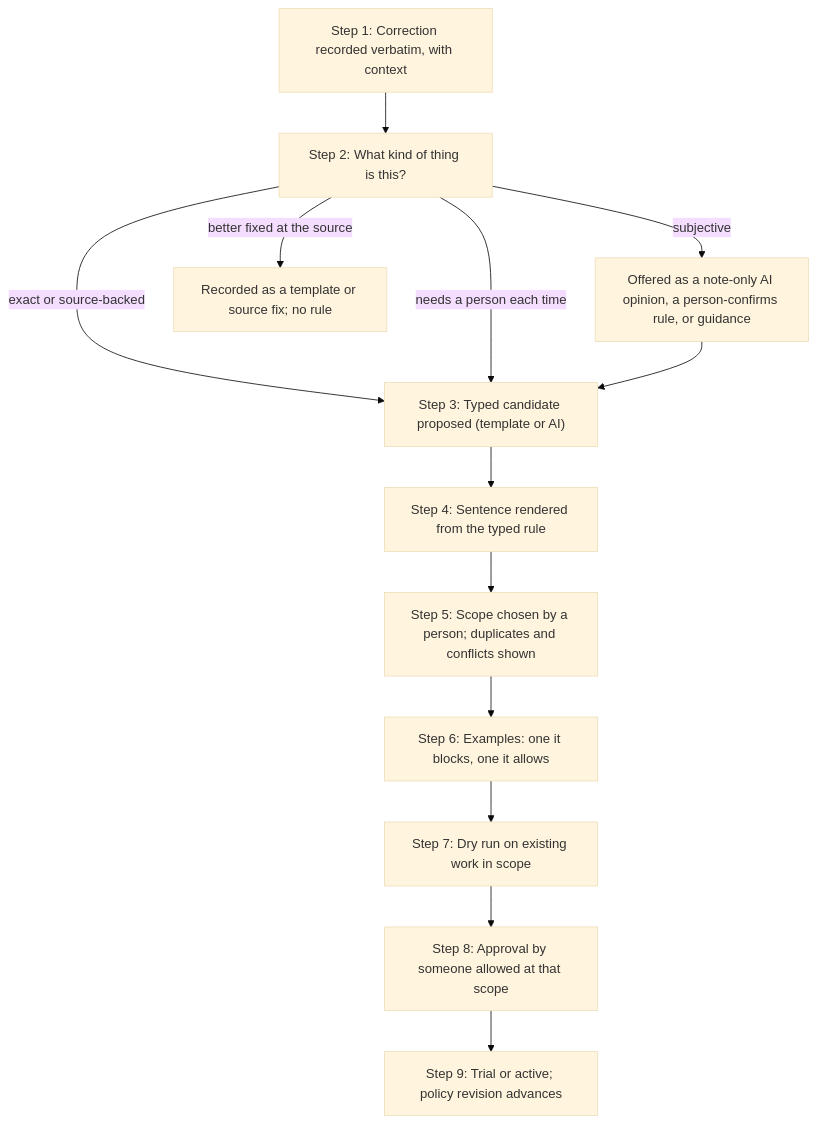
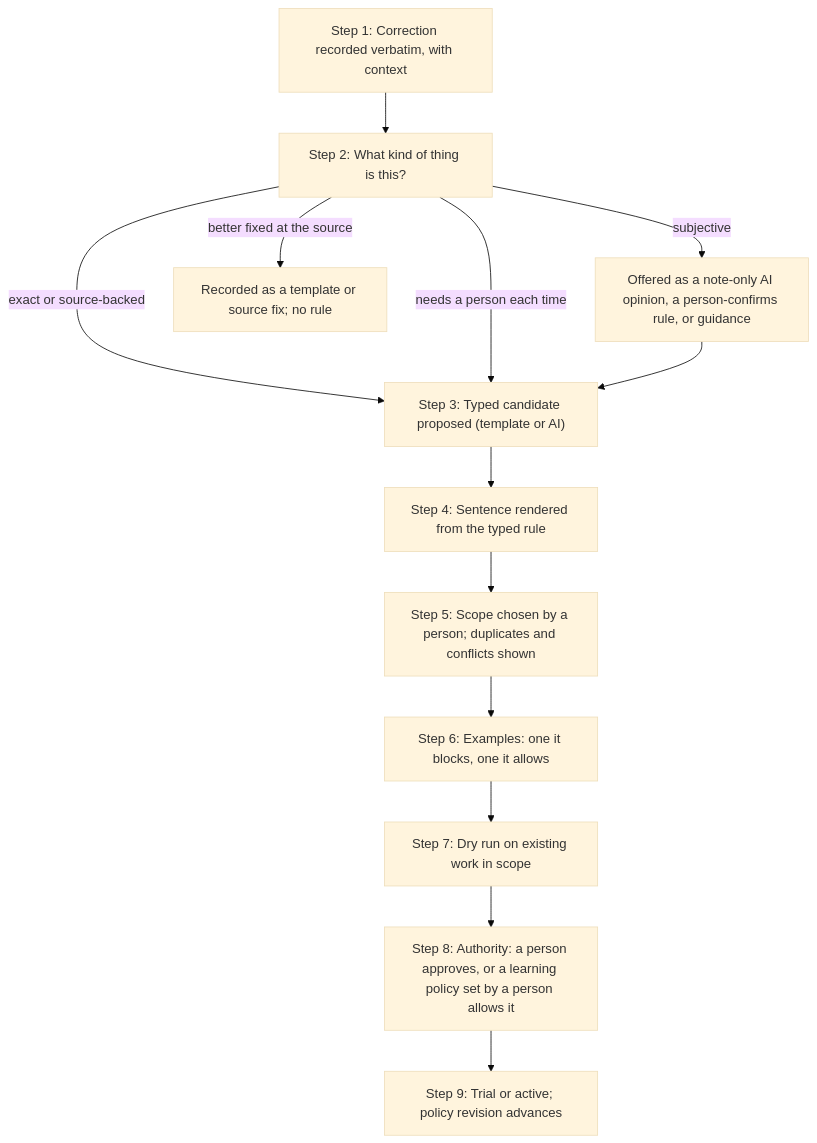
Before and after one commit to somethingwentwell/correction-layer: the third of 3 diagrams in docs/03-architecture.md, drawn with Mermaid (base theme). The commit also changed other lines of this file and 42 other files, not shown here.

````diff
--- a/docs/03-architecture.md
+++ b/docs/03-architecture.md
@@ -183,15 +189,15 @@
 ```mermaid
 flowchart TD
     c["Step 1: Correction recorded verbatim, with context"] --> k["Step 2: What kind of thing is this?"]
     k -->|"exact or source-backed"| t["Step 3: Typed candidate proposed (template or AI)"]
     k -->|"needs a person each time"| t
     k -->|"subjective"| adv["Offered as a note-only AI opinion, a person-confirms rule, or guidance"]
     k -->|"better fixed at the source"| up["Recorded as a template or source fix; no rule"]
     adv --> t
     t --> r["Step 4: Sentence rendered from the typed rule"]
     r --> s["Step 5: Scope chosen by a person; duplicates and conflicts shown"]
     s --> ex["Step 6: Examples: one it blocks, one it allows"]
     ex --> bt["Step 7: Dry run on existing work in scope"]
-    bt --> ap["Step 8: Approval by someone allowed at that scope"]
+    bt --> ap["Step 8: Authority: a person approves, or a learning policy set by a person allows it"]
     ap --> on["Step 9: Trial or active; policy revision advances"]
 ```
````
